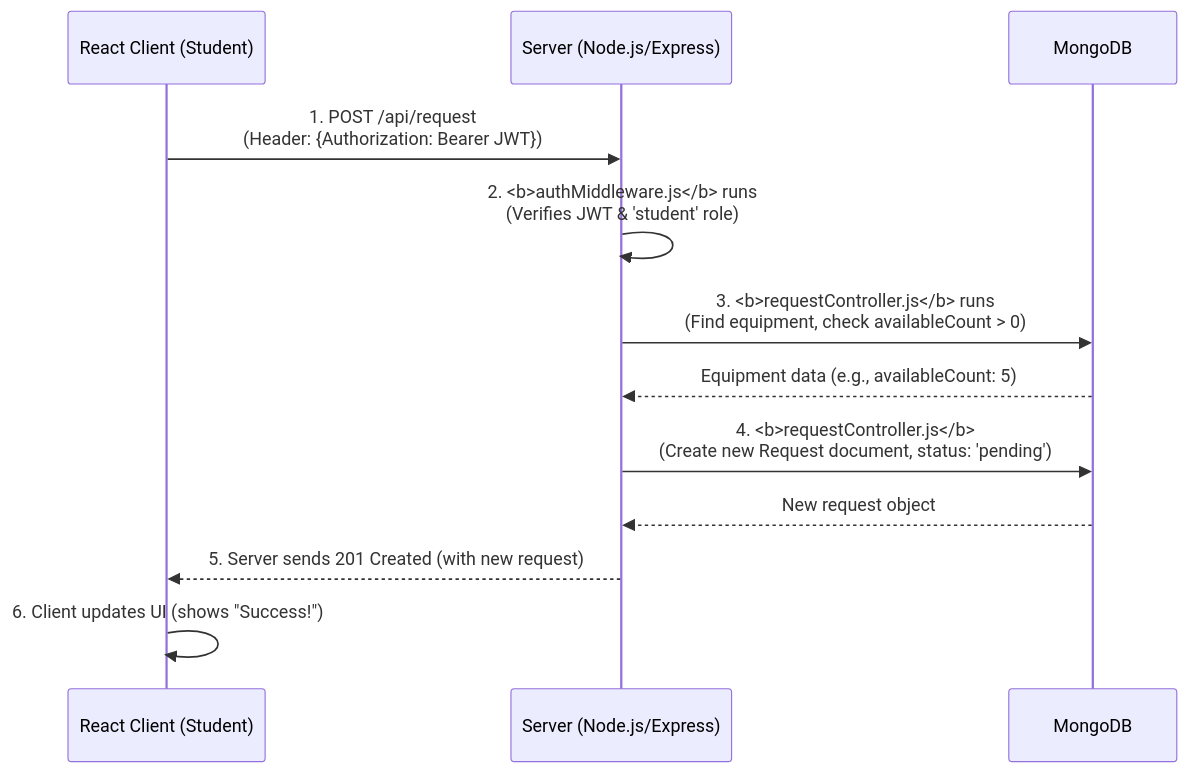
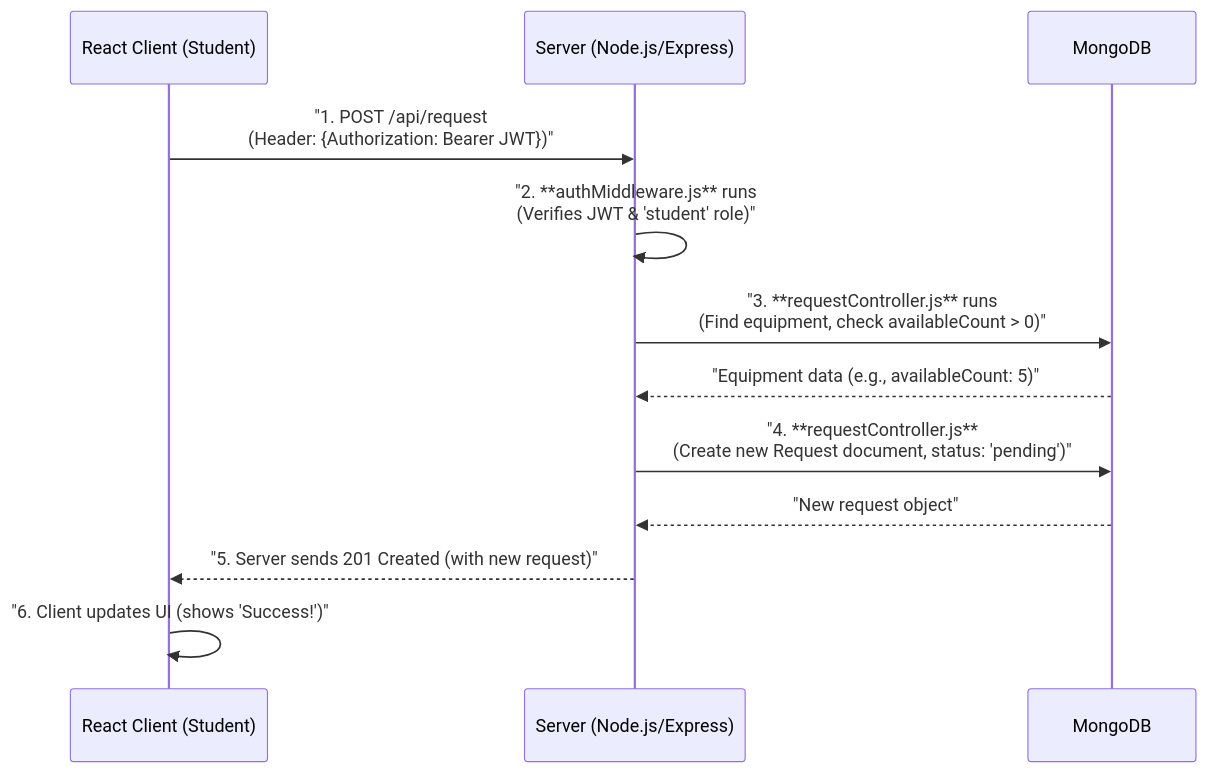
One commit to my-codespace/school-equipment-lending-portal-phase1 changed the fourth of 4 diagrams in README.md. Above: the diagram before and after it, drawn with Mermaid. The commit also changed other lines of this file, not shown here.

Commit message:
Revise README for better clarity and formatting
Updated README to improve clarity and formatting.

````diff
--- a/README.md
+++ b/README.md
@@ -70,19 +69,19 @@
 ```mermaid
 sequenceDiagram
     participant C as React Client (Student)
     participant S as Server (Node.js/Express)
     participant DB as MongoDB
 
-    C ->> S: 1. POST /api/request <br> (Header: {Authorization: Bearer JWT})
+    C ->> S: "1. POST /api/request <br> (Header: {Authorization: Bearer JWT})"
     
-    S ->> S: 2. <b>authMiddleware.js</b> runs <br> (Verifies JWT & 'student' role)
+    S ->> S: "2. **authMiddleware.js** runs <br> (Verifies JWT & 'student' role)"
     
-    S ->> DB: 3. <b>requestController.js</b> runs <br> (Find equipment, check availableCount > 0)
-    DB -->> S: Equipment data (e.g., availableCount: 5)
+    S ->> DB: "3. **requestController.js** runs <br> (Find equipment, check availableCount > 0)"
+    DB -->> S: "Equipment data (e.g., availableCount: 5)"
     
-    S ->> DB: 4. <b>requestController.js</b> <br> (Create new Request document, status: 'pending')
-    DB -->> S: New request object
+    S ->> DB: "4. **requestController.js** <br> (Create new Request document, status: 'pending')"
+    DB -->> S: "New request object"
     
-    S -->> C: 5. Server sends 201 Created (with new request)
-    C ->> C: 6. Client updates UI (shows "Success!")
+    S -->> C: "5. Server sends 201 Created (with new request)"
+    C ->> C: "6. Client updates UI (shows 'Success!')"
 ```
````
